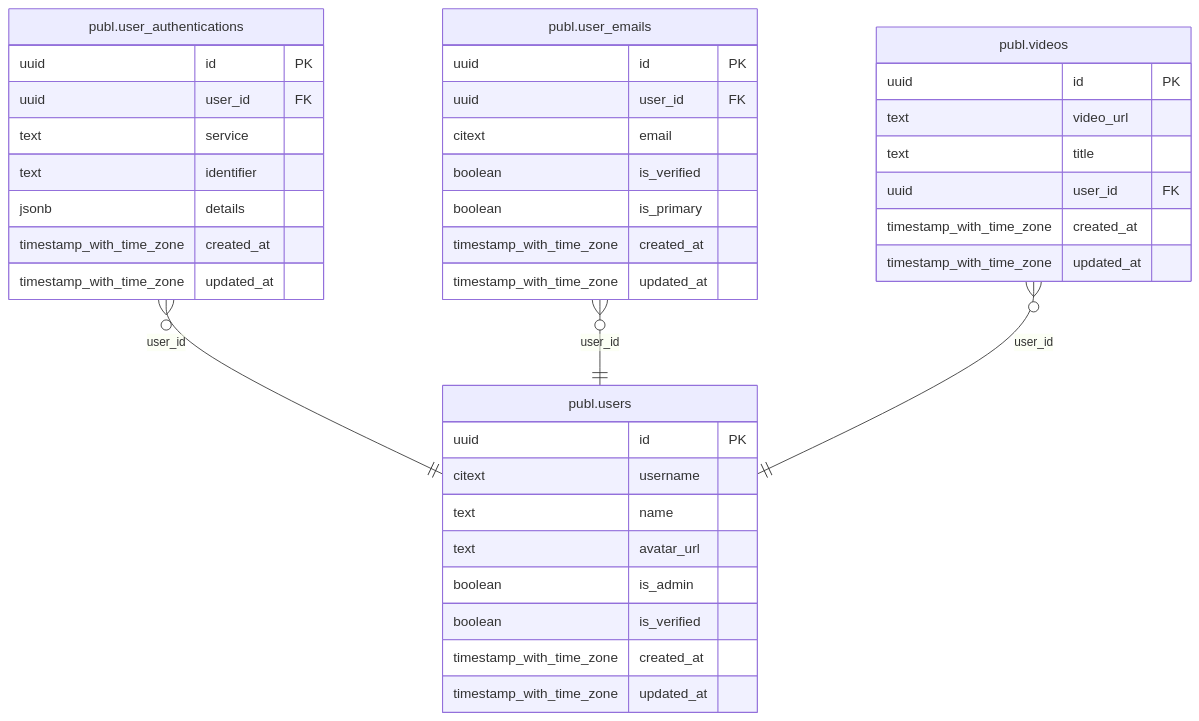
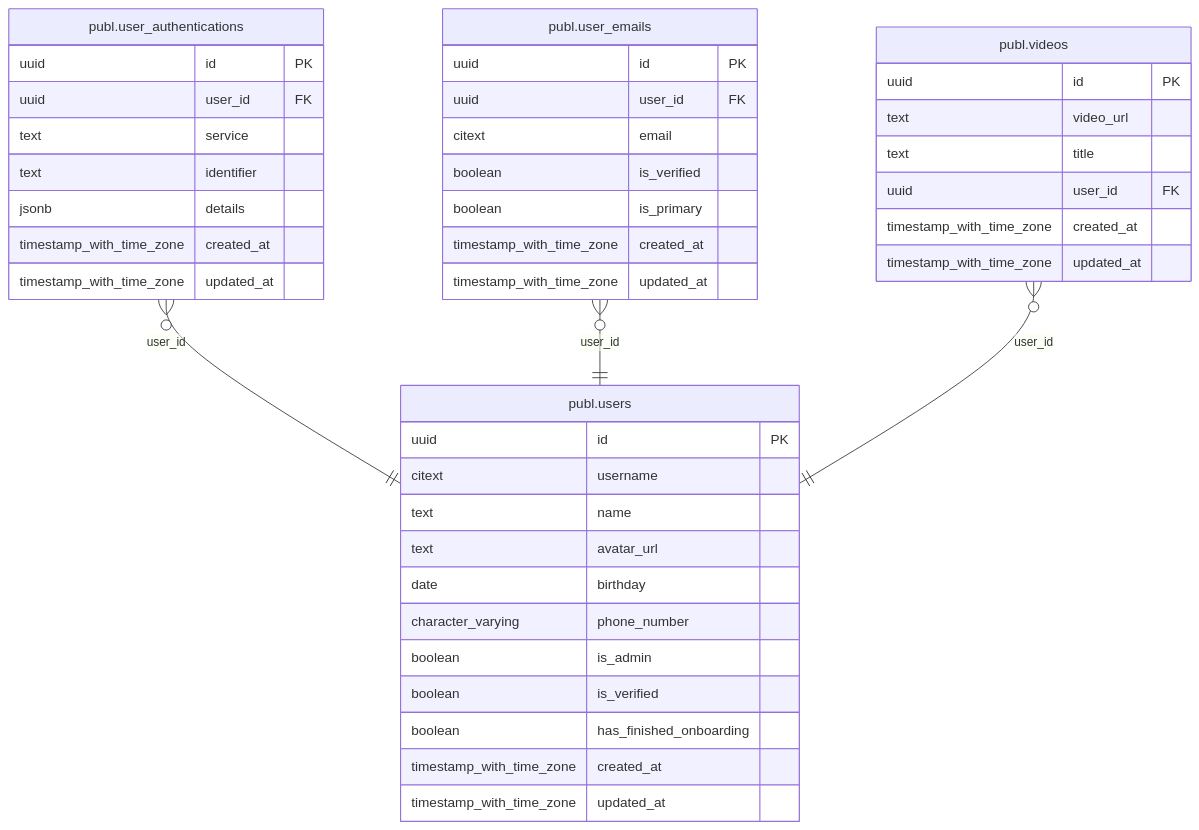
The diagram in data/schema.mmd (GRINN-dev/template), drawn with Mermaid before and after one commit. The commit also changed 6 other files, not shown here.

```diff
--- a/data/schema.mmd
+++ b/data/schema.mmd
@@ -1,44 +1,47 @@
 erDiagram
     "publ.user_authentications" {
         uuid id PK
         uuid user_id FK
         text service 
         text identifier 
         jsonb details 
         timestamp_with_time_zone created_at 
         timestamp_with_time_zone updated_at 
     }
 
     "publ.user_emails" {
         uuid id PK
         uuid user_id FK
         citext email 
         boolean is_verified 
         boolean is_primary 
         timestamp_with_time_zone created_at 
         timestamp_with_time_zone updated_at 
     }
 
     "publ.users" {
         uuid id PK
         citext username 
         text name 
         text avatar_url 
+        date birthday 
+        character_varying phone_number 
         boolean is_admin 
         boolean is_verified 
+        boolean has_finished_onboarding 
         timestamp_with_time_zone created_at 
         timestamp_with_time_zone updated_at 
     }
 
     "publ.videos" {
         uuid id PK
         text video_url 
         text title 
         uuid user_id FK
         timestamp_with_time_zone created_at 
         timestamp_with_time_zone updated_at 
     }
 
     "publ.user_authentications" }o--|| "publ.users" : "user_id"
     "publ.user_emails" }o--|| "publ.users" : "user_id"
     "publ.videos" }o--|| "publ.users" : "user_id"
```
